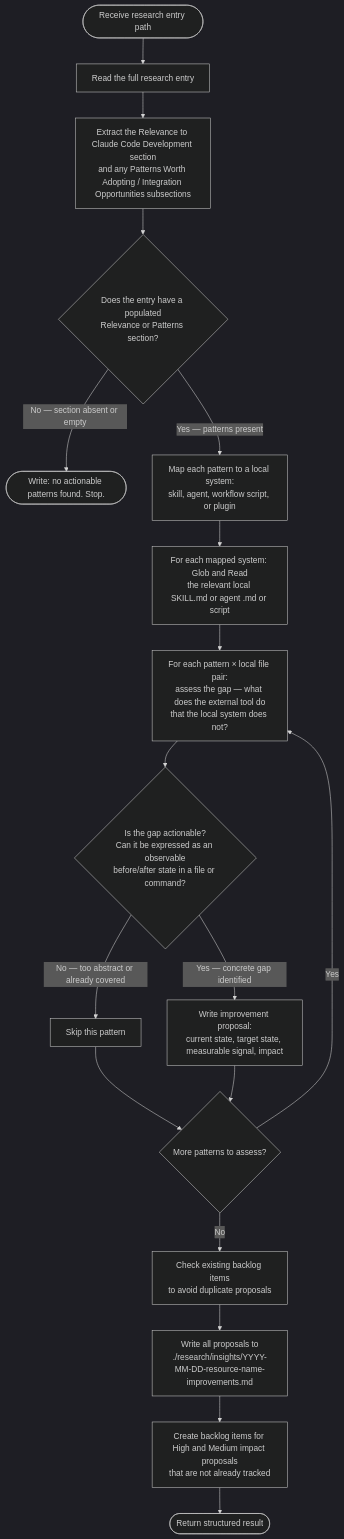
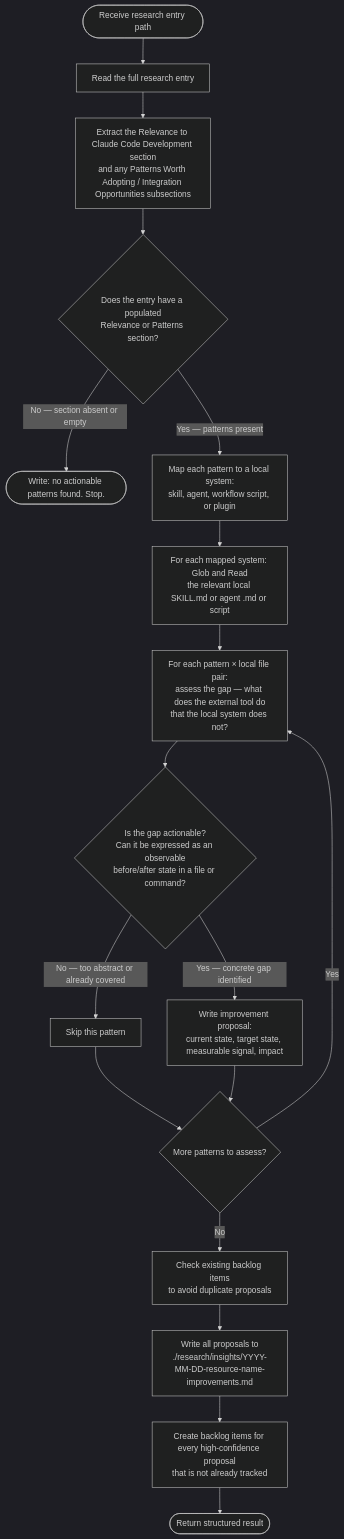
One commit to Jamie-BitFlight/claude_skills changed the diagram in .claude/agents/research-insight-extractor.md. Above: the diagram before and after it, drawn with Mermaid (dark theme). The commit also changed other lines of this file and 8 other files, not shown here.

````diff
--- a/.claude/agents/research-insight-extractor.md
+++ b/.claude/agents/research-insight-extractor.md
@@ -26,20 +26,20 @@
 ```mermaid
 flowchart TD
     Start([Receive research entry path]) --> Read[Read the full research entry]
     Read --> Relevance[Extract the Relevance to Claude Code Development section<br>and any Patterns Worth Adopting / Integration Opportunities subsections]
     Relevance --> Empty{Does the entry have a populated<br>Relevance or Patterns section?}
     Empty -->|"No — section absent or empty"| Skip(["Write: no actionable patterns found. Stop."])
     Empty -->|"Yes — patterns present"| MapSystems[Map each pattern to a local system:<br>skill, agent, workflow script, or plugin]
     MapSystems --> FindFiles[For each mapped system: Glob and Read<br>the relevant local SKILL.md or agent .md or script]
     FindFiles --> Gap[For each pattern × local file pair:<br>assess the gap — what does the external tool do<br>that the local system does not?]
     Gap --> Filter{Is the gap actionable?<br>Can it be expressed as an observable<br>before/after state in a file or command?}
     Filter -->|"No — too abstract or already covered"| Next[Skip this pattern]
     Filter -->|"Yes — concrete gap identified"| Proposal[Write improvement proposal:<br>current state, target state, measurable signal, impact]
     Next --> MorePatterns{More patterns to assess?}
     Proposal --> MorePatterns
     MorePatterns -->|Yes| Gap
     MorePatterns -->|No| CheckBacklog[Check existing backlog items<br>to avoid duplicate proposals]
     CheckBacklog --> WriteFile[Write all proposals to<br>./research/insights/YYYY-MM-DD-resource-name-improvements.md]
-    WriteFile --> CreateItems[Create backlog items for High and Medium impact proposals<br>that are not already tracked]
+    WriteFile --> CreateItems[Create backlog items for every high-confidence proposal<br>that is not already tracked]
     CreateItems --> Return([Return structured result])
 ```
````
